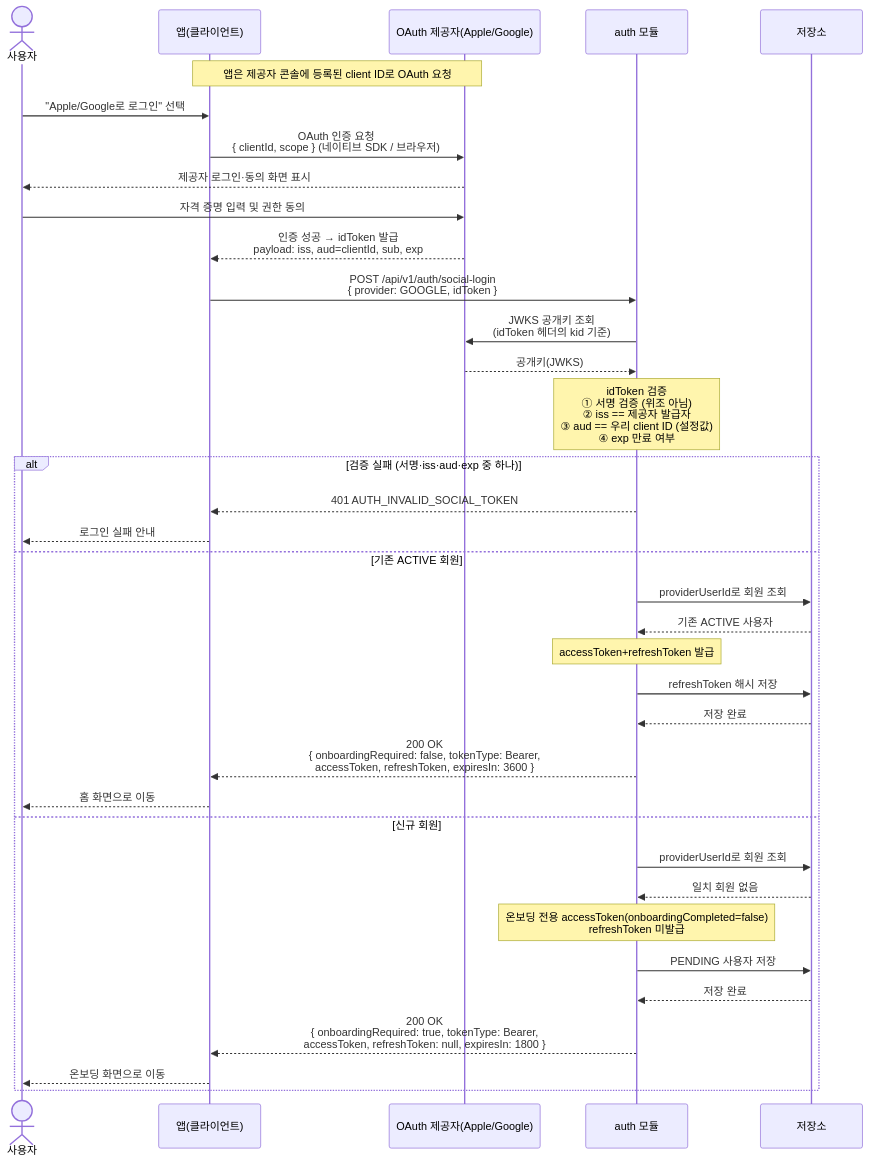
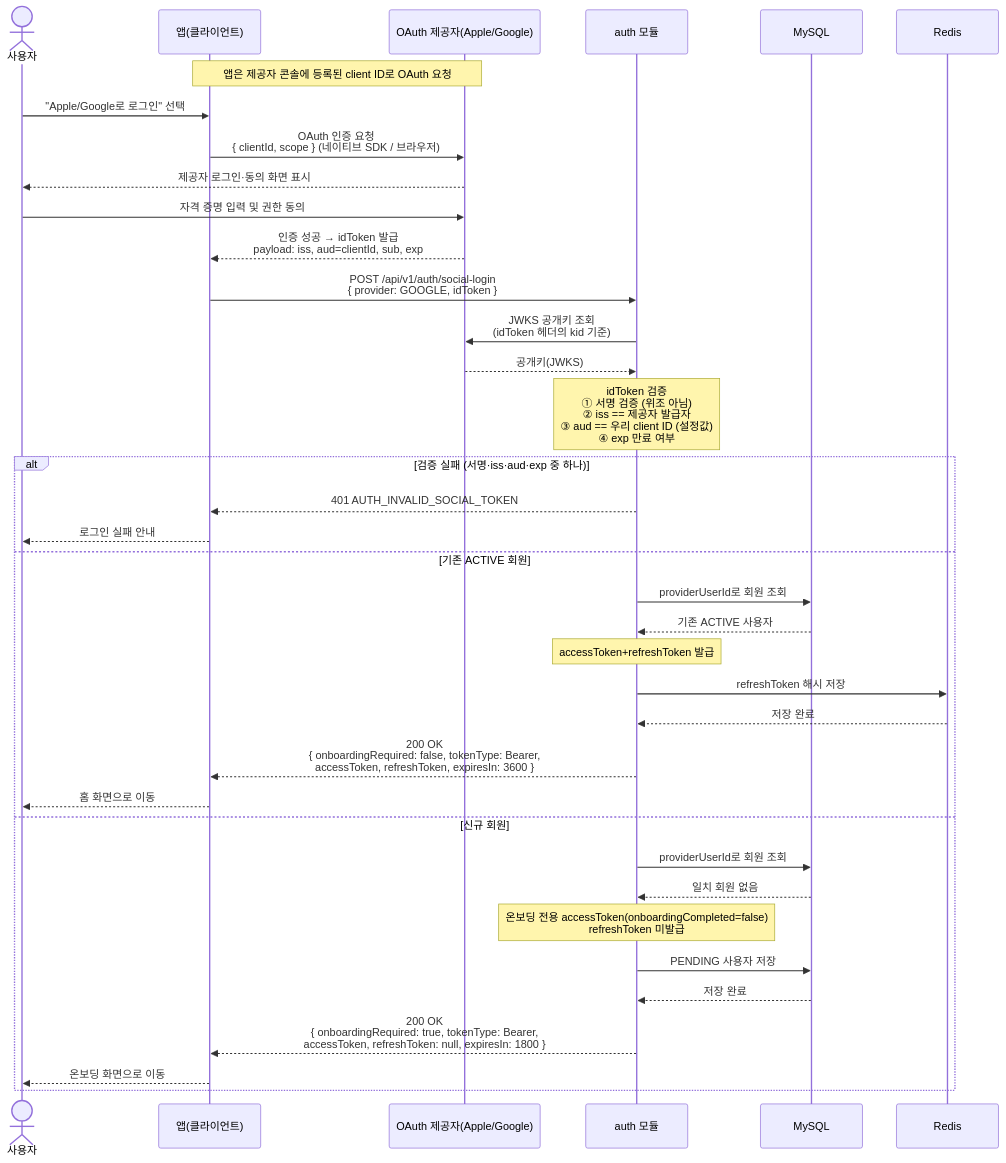
Before and after one commit to jameskim9509/Kohere-backend: the diagram in docs/architecture/sequence-diagrams/01-auth-onboarding/us-1-1-social-login.md, drawn with Mermaid. The commit also changed other lines of this file and 28 other files, not shown here.

First line of the commit message:
docs(architecture): 시퀀스 다이어그램에 폴리글랏 저장소 반영 (#24)

````diff
--- a/docs/architecture/sequence-diagrams/01-auth-onboarding/us-1-1-social-login.md
+++ b/docs/architecture/sequence-diagrams/01-auth-onboarding/us-1-1-social-login.md
@@ -7,39 +7,40 @@
 ```mermaid
 sequenceDiagram
     actor U as 사용자
     participant C as 앱(클라이언트)
     participant P as OAuth 제공자(Apple/Google)
     participant S as auth 모듈
-    participant DB as 저장소
+    participant SQL as MySQL
+    participant RDS as Redis
 
     Note over C,P: 앱은 제공자 콘솔에 등록된 client ID로 OAuth 요청
     U->>C: "Apple/Google로 로그인" 선택
     C->>P: OAuth 인증 요청<br/>{ clientId, scope } (네이티브 SDK / 브라우저)
     P-->>U: 제공자 로그인·동의 화면 표시
     U->>P: 자격 증명 입력 및 권한 동의
     P-->>C: 인증 성공 → idToken 발급<br/>payload: iss, aud=clientId, sub, exp
     C->>S: POST /api/v1/auth/social-login<br/>{ provider: GOOGLE, idToken }
     S->>P: JWKS 공개키 조회<br/>(idToken 헤더의 kid 기준)
     P-->>S: 공개키(JWKS)
     Note over S: idToken 검증<br/>① 서명 검증 (위조 아님)<br/>② iss == 제공자 발급자<br/>③ aud == 우리 client ID (설정값)<br/>④ exp 만료 여부
     alt 검증 실패 (서명·iss·aud·exp 중 하나)
         S-->>C: 401 AUTH_INVALID_SOCIAL_TOKEN
         C-->>U: 로그인 실패 안내
     else 기존 ACTIVE 회원
-        S->>DB: providerUserId로 회원 조회
-        DB-->>S: 기존 ACTIVE 사용자
+        S->>SQL: providerUserId로 회원 조회
+        SQL-->>S: 기존 ACTIVE 사용자
         Note over S: accessToken+refreshToken 발급
-        S->>DB: refreshToken 해시 저장
-        DB-->>S: 저장 완료
+        S->>RDS: refreshToken 해시 저장
+        RDS-->>S: 저장 완료
         S-->>C: 200 OK<br/>{ onboardingRequired: false, tokenType: Bearer,<br/>accessToken, refreshToken, expiresIn: 3600 }
         C-->>U: 홈 화면으로 이동
     else 신규 회원
-        S->>DB: providerUserId로 회원 조회
-        DB-->>S: 일치 회원 없음
+        S->>SQL: providerUserId로 회원 조회
+        SQL-->>S: 일치 회원 없음
         Note over S: 온보딩 전용 accessToken(onboardingCompleted=false)<br/>refreshToken 미발급
-        S->>DB: PENDING 사용자 저장
-        DB-->>S: 저장 완료
+        S->>SQL: PENDING 사용자 저장
+        SQL-->>S: 저장 완료
         S-->>C: 200 OK<br/>{ onboardingRequired: true, tokenType: Bearer,<br/>accessToken, refreshToken: null, expiresIn: 1800 }
         C-->>U: 온보딩 화면으로 이동
     end
 ```
````
